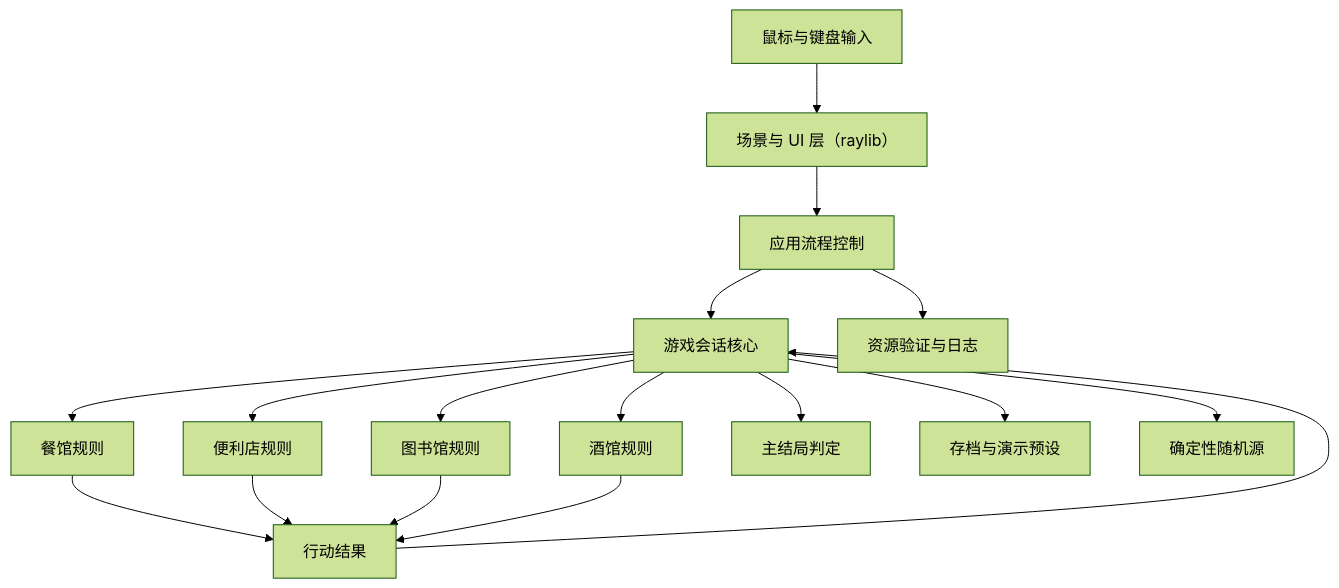
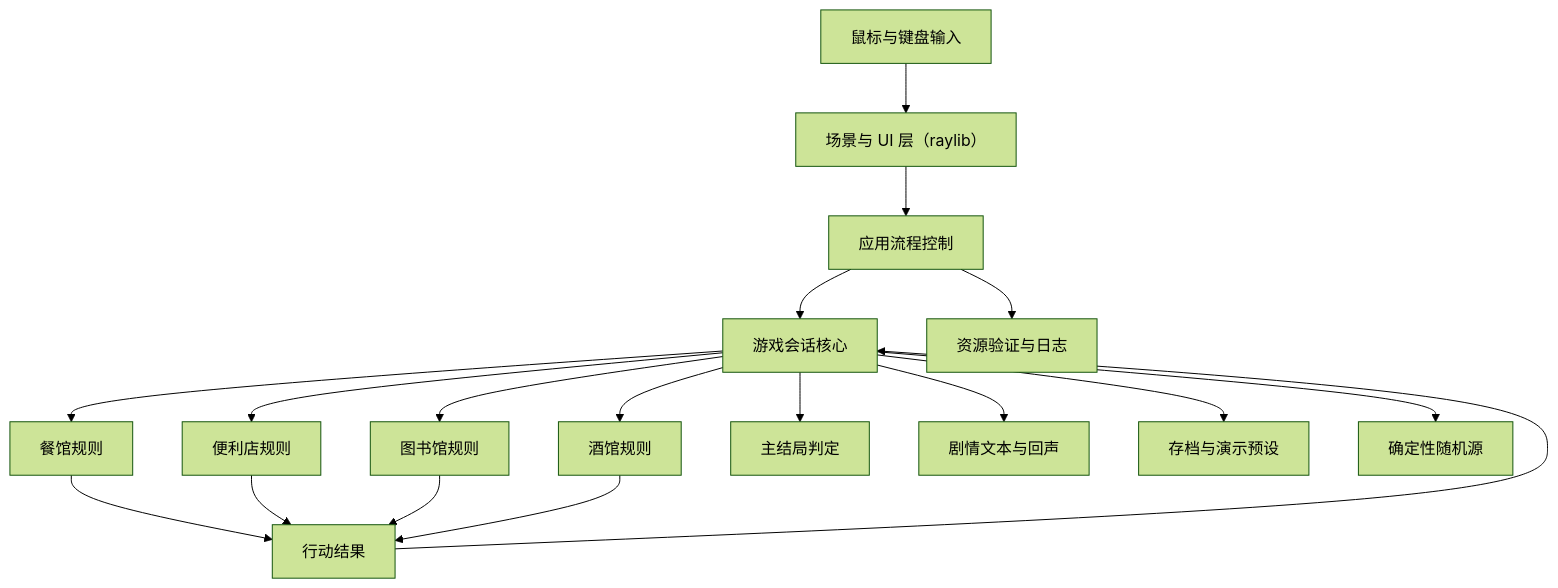
Before and after one commit to ljm-hsw/-666: the first of 3 diagrams in docs/DESIGN.md, drawn with Mermaid (forest theme). The commit also changed other lines of this file and 22 other files, not shown here.

````diff
--- a/docs/DESIGN.md
+++ b/docs/DESIGN.md
@@ -17,19 +17,20 @@
 ```mermaid
 flowchart TB
     Input["鼠标与键盘输入"] --> Scenes["场景与 UI 层（raylib）"]
     Scenes --> App["应用流程控制"]
     App --> Core["游戏会话核心"]
     Core --> Restaurant["餐馆规则"]
     Core --> Store["便利店规则"]
     Core --> Library["图书馆规则"]
     Core --> Tavern["酒馆规则"]
     Core --> Ending["主结局判定"]
+    Core --> Story["剧情文本与回声"]
     Core --> Save["存档与演示预设"]
     Core --> Random["确定性随机源"]
     App --> Resources["资源验证与日志"]
     Restaurant --> Result["行动结果"]
     Store --> Result
     Library --> Result
     Tavern --> Result
     Result --> Core
 ```
````
